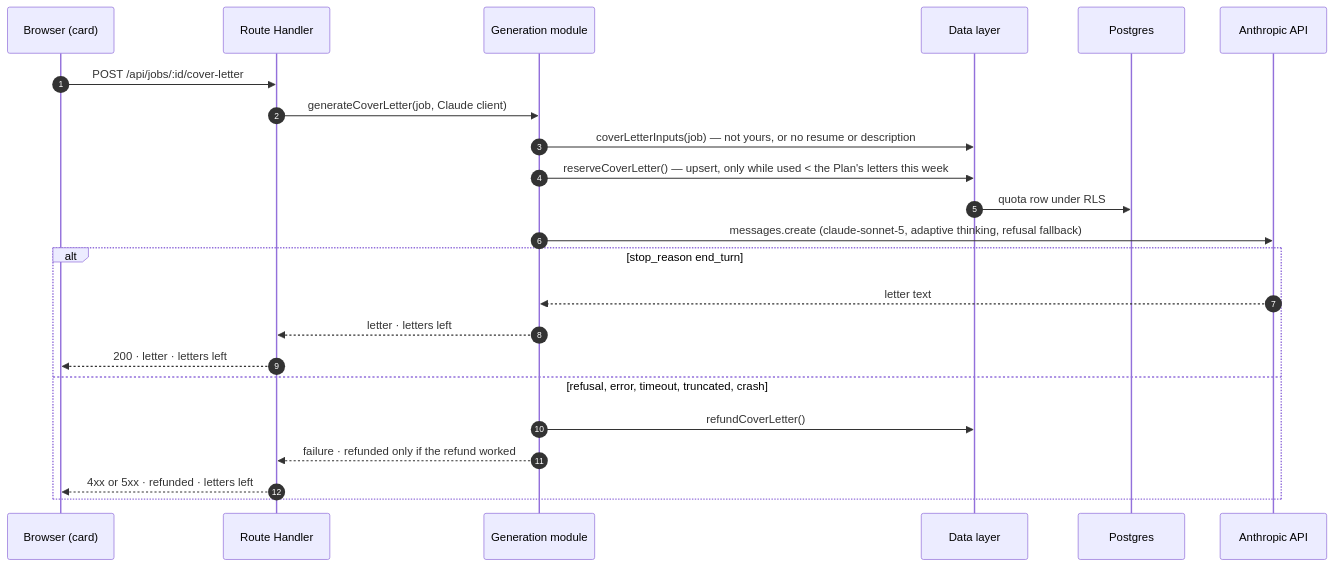
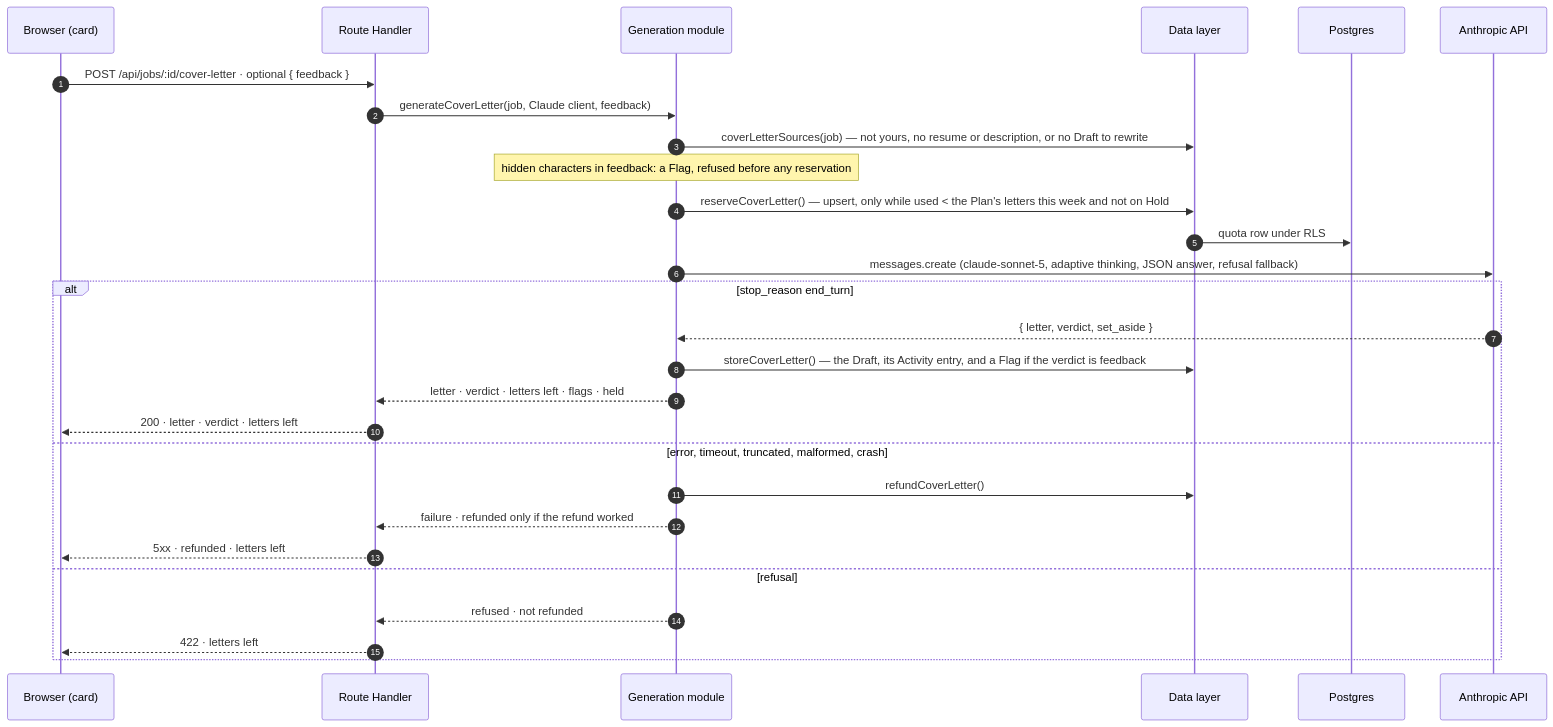
One commit to craigblunden/trailhead changed the fifth of 6 diagrams in docs/architecture.md. Above: the diagram before and after it, drawn with Mermaid. The commit also changed other lines of this file and 54 other files, not shown here.

````diff
--- a/docs/architecture.md
+++ b/docs/architecture.md
@@ -148,26 +148,31 @@
 ```mermaid
 sequenceDiagram
   autonumber
   participant B as Browser (card)
   participant R as Route Handler
   participant G as Generation module
   participant D as Data layer
   participant PG as Postgres
   participant C as Anthropic API
 
-  B->>R: POST /api/jobs/:id/cover-letter
-  R->>G: generateCoverLetter(job, Claude client)
-  G->>D: coverLetterInputs(job) — not yours, or no resume or description
-  G->>D: reserveCoverLetter() — upsert, only while used < the Plan's letters this week
+  B->>R: POST /api/jobs/:id/cover-letter · optional { feedback }
+  R->>G: generateCoverLetter(job, Claude client, feedback)
+  G->>D: coverLetterSources(job) — not yours, no resume or description, or no Draft to rewrite
+  Note over G: hidden characters in feedback: a Flag, refused before any reservation
+  G->>D: reserveCoverLetter() — upsert, only while used < the Plan's letters this week and not on Hold
   D->>PG: quota row under RLS
-  G->>C: messages.create (claude-sonnet-5, adaptive thinking, refusal fallback)
+  G->>C: messages.create (claude-sonnet-5, adaptive thinking, JSON answer, refusal fallback)
   alt stop_reason end_turn
-    C-->>G: letter text
-    G-->>R: letter · letters left
-    R-->>B: 200 · letter · letters left
-  else refusal, error, timeout, truncated, crash
+    C-->>G: { letter, verdict, set_aside }
+    G->>D: storeCoverLetter() — the Draft, its Activity entry, and a Flag if the verdict is feedback
+    G-->>R: letter · verdict · letters left · flags · held
+    R-->>B: 200 · letter · verdict · letters left
+  else error, timeout, truncated, malformed, crash
     G->>D: refundCoverLetter()
     G-->>R: failure · refunded only if the refund worked
-    R-->>B: 4xx or 5xx · refunded · letters left
+    R-->>B: 5xx · refunded · letters left
+  else refusal
+    G-->>R: refused · not refunded
+    R-->>B: 422 · letters left
   end
 ```
````
